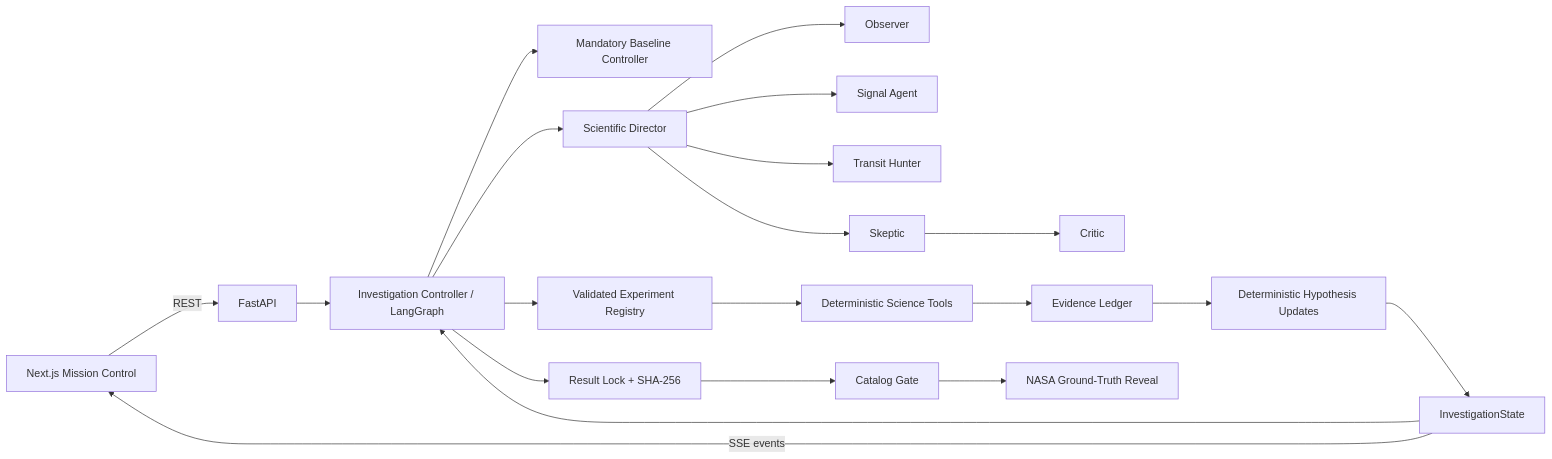
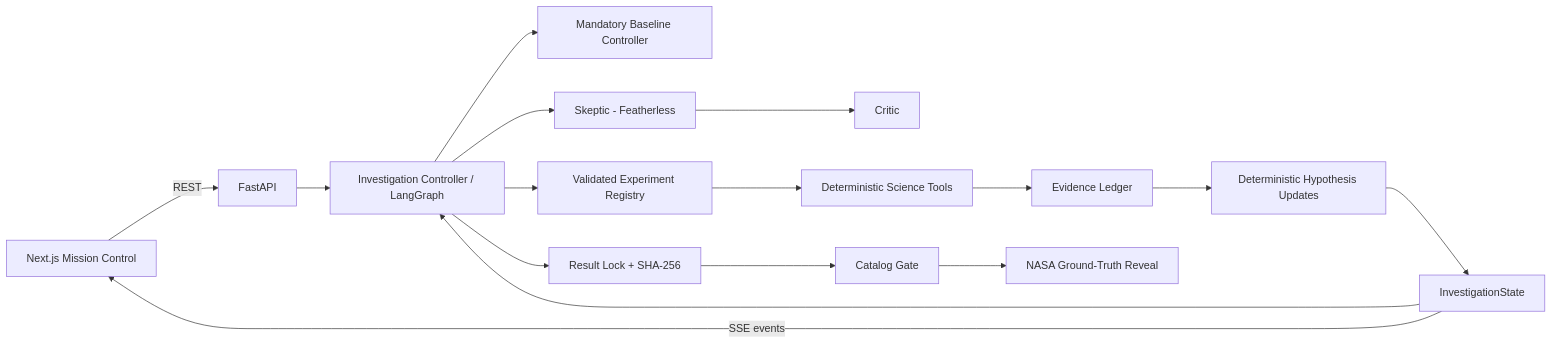
One commit to AzzouzAimen/exoswarm changed the first of 2 diagrams in docs/02_ARCHITECTURE.md. Above: the diagram before and after it, drawn with Mermaid. The commit also changed other lines of this file and 29 other files, not shown here.

````diff
--- a/docs/02_ARCHITECTURE.md
+++ b/docs/02_ARCHITECTURE.md
@@ -7,22 +7,18 @@
 ```mermaid
 flowchart LR
     UI[Next.js Mission Control] -->|REST| API[FastAPI]
     API --> CTRL[Investigation Controller / LangGraph]
     CTRL --> BASE[Mandatory Baseline Controller]
-    CTRL --> DIR[Scientific Director]
-    DIR --> OBS[Observer]
-    DIR --> SIG[Signal Agent]
-    DIR --> TH[Transit Hunter]
-    DIR --> SK[Skeptic]
+    CTRL --> SK[Skeptic - Featherless]
     SK --> CR[Critic]
     CTRL --> REG[Validated Experiment Registry]
     REG --> SCI[Deterministic Science Tools]
     SCI --> LEDGER[Evidence Ledger]
     LEDGER --> HYP[Deterministic Hypothesis Updates]
     HYP --> STATE[InvestigationState]
     STATE --> CTRL
     STATE -->|SSE events| UI
     CTRL --> LOCK[Result Lock + SHA-256]
     LOCK --> GATE[Catalog Gate]
     GATE --> REVEAL[NASA Ground-Truth Reveal]
 ```
````
